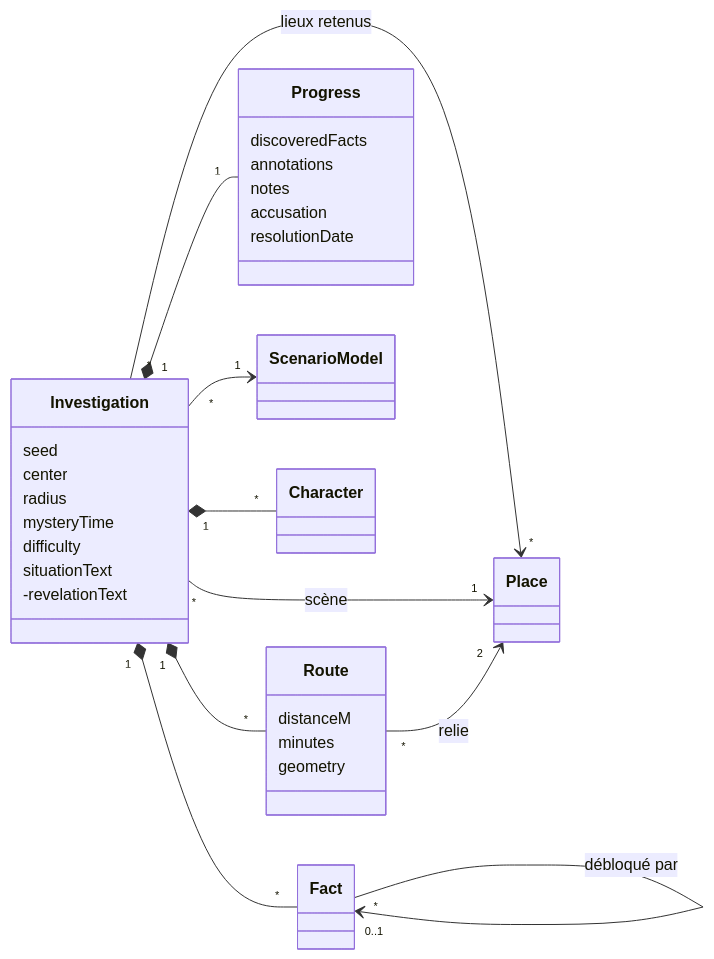
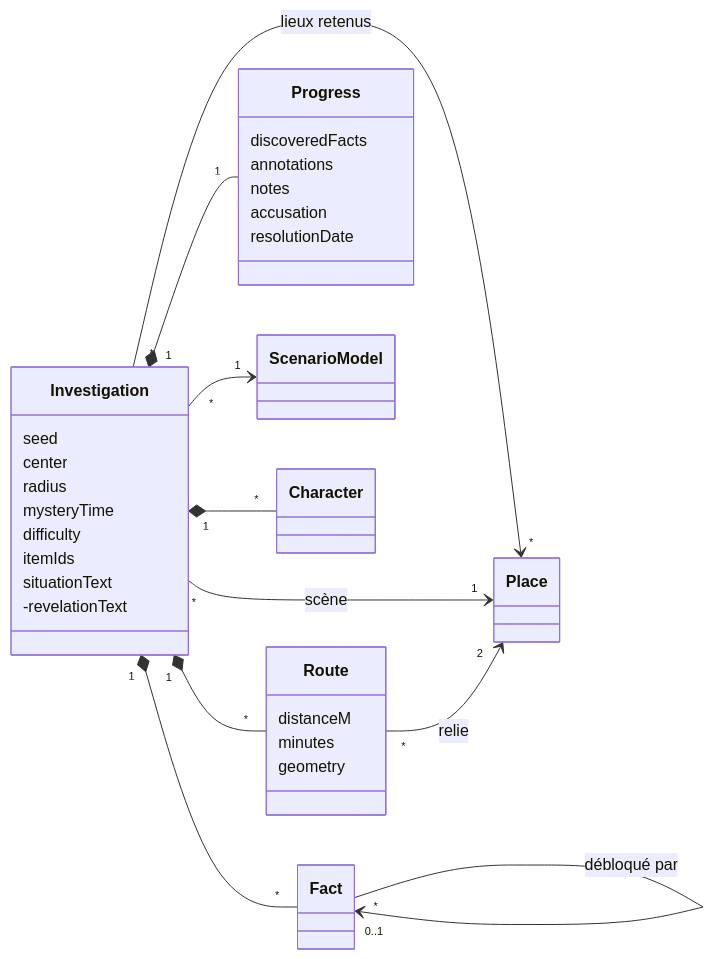
The fourth of 4 diagrams in docs/reference/DATA-MODEL.md (akartikus/pistouil), drawn with Mermaid before and after one commit. The commit also changed other lines of this file and 2 other files, not shown here.

````diff
--- a/docs/reference/DATA-MODEL.md
+++ b/docs/reference/DATA-MODEL.md
@@ -164,34 +180,35 @@
 ```mermaid
 classDiagram
   direction LR
   class Investigation {
     seed
     center
     radius
     mysteryTime
     difficulty
+    itemIds
     situationText
     -revelationText
   }
   class Route {
     distanceM
     minutes
     geometry
   }
   class Progress {
     discoveredFacts
     annotations
     notes
     accusation
     resolutionDate
   }
   Investigation "*" --> "1" ScenarioModel
   Investigation "*" --> "*" Place : lieux retenus
   Investigation "*" --> "1" Place : scène
   Investigation "1" *-- "*" Character
   Investigation "1" *-- "*" Fact
   Investigation "1" *-- "*" Route
   Investigation "1" *-- "1" Progress
   Route "*" --> "2" Place : relie
   Fact "*" --> "0..1" Fact : débloqué par
 ```
````
